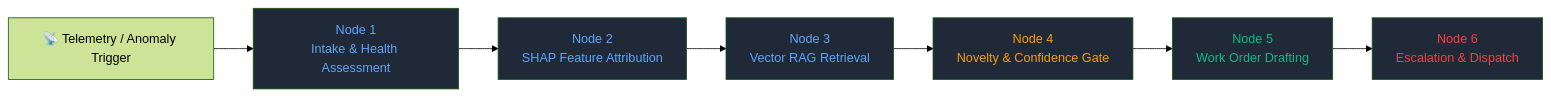
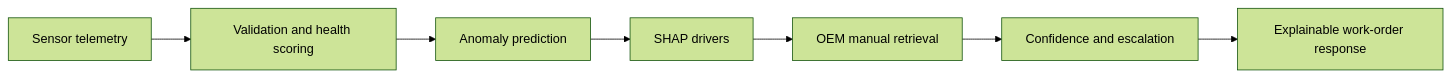
Before and after one commit to SumedhPatil1507/industrial-predmaint-ai: the diagram in README.md, drawn with Mermaid (forest theme). The commit also changed other lines of this file, not shown here.

````diff
--- a/README.md
+++ b/README.md
@@ -91,16 +100,9 @@
 ```mermaid
-graph LR
-    A[📡 Telemetry / Anomaly Trigger] --> B[Node 1\nIntake & Health Assessment]
-    B --> C[Node 2\nSHAP Feature Attribution]
-    C --> D[Node 3\nVector RAG Retrieval]
-    D --> E[Node 4\nNovelty & Confidence Gate]
-    E --> F[Node 5\nWork Order Drafting]
-    F --> G[Node 6\nEscalation & Dispatch]
-
-    style B fill:#1f2937,color:#60a5fa
-    style C fill:#1f2937,color:#60a5fa
-    style D fill:#1f2937,color:#60a5fa
-    style E fill:#1f2937,color:#f59e0b
-    style F fill:#1f2937,color:#10b981
-    style G fill:#1f2937,color:#ef4444
+flowchart LR
+    A[Sensor telemetry] --> B[Validation and health scoring]
+    B --> C[Anomaly prediction]
+    C --> D[SHAP drivers]
+    D --> E[OEM manual retrieval]
+    E --> F[Confidence and escalation]
+    F --> G[Explainable work-order response]
 ```
````
